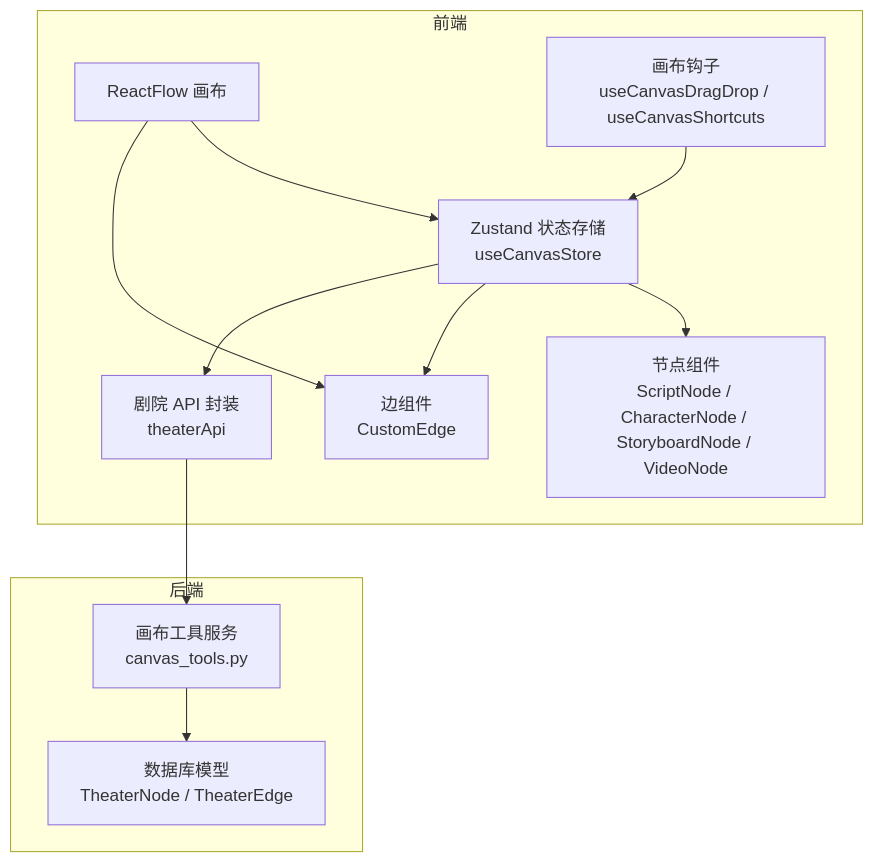
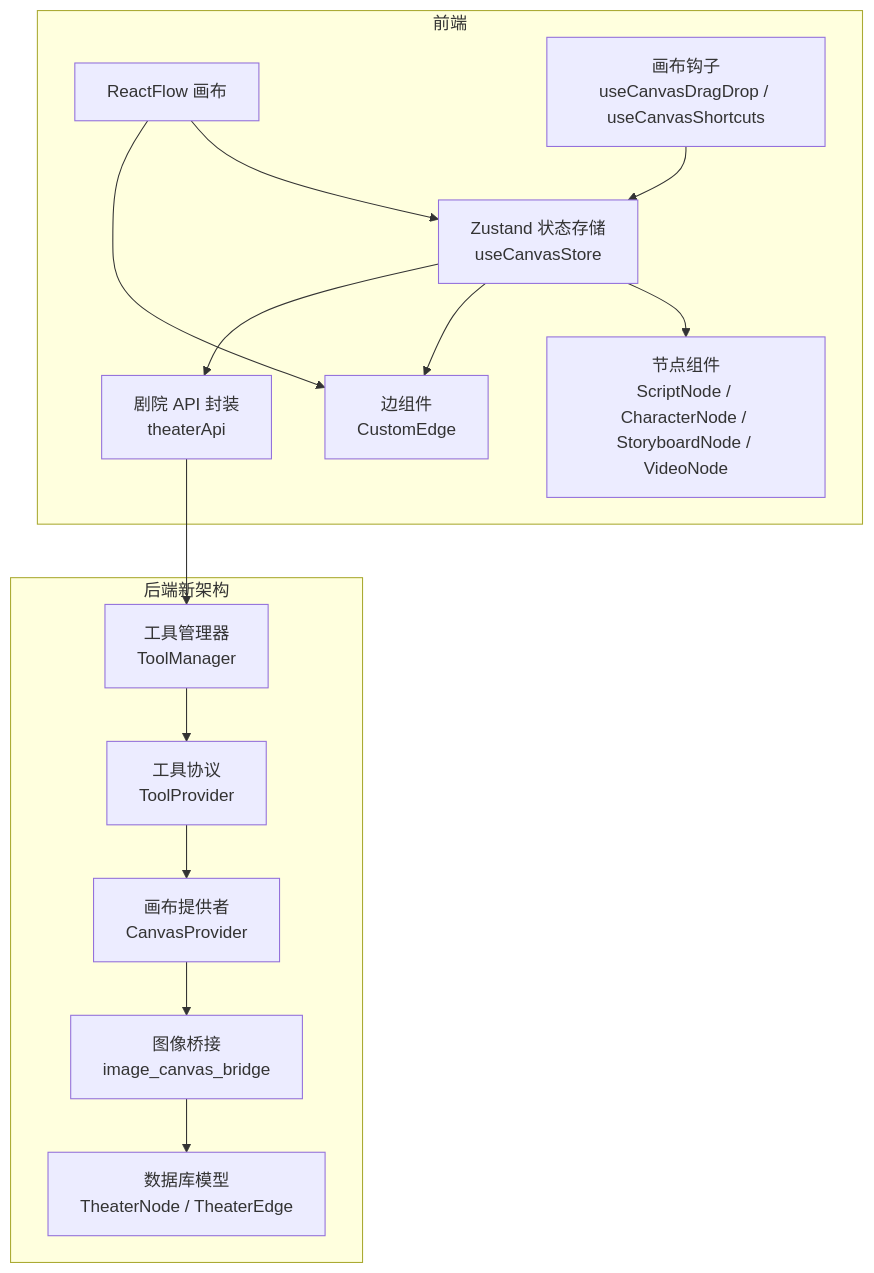
The first of 9 diagrams in .qoder/repowiki/zh/content/后端服务架构/业务服务层/智能体执行服务/画布工具集成.md (KunLabAI/KunFlix), drawn with Mermaid before and after one commit. The commit also changed other lines of this file and 15 other files, not shown here.

First line of the commit message:
feat(tool-manager): 重构技能工具系统引入统一工具管理器架构

````diff
--- a/.qoder/repowiki/zh/content/后端服务架构/业务服务层/智能体执行服务/画布工具集成.md
+++ b/.qoder/repowiki/zh/content/后端服务架构/业务服务层/智能体执行服务/画布工具集成.md
@@ -43,23 +57,29 @@
 ```mermaid
 graph TB
 subgraph "前端"
 RF["ReactFlow 画布"]
 Store["Zustand 状态存储<br/>useCanvasStore"]
 Nodes["节点组件<br/>ScriptNode / CharacterNode / StoryboardNode / VideoNode"]
 Edges["边组件<br/>CustomEdge"]
 Hooks["画布钩子<br/>useCanvasDragDrop / useCanvasShortcuts"]
 API["剧院 API 封装<br/>theaterApi"]
 end
-subgraph "后端"
-Tools["画布工具服务<br/>canvas_tools.py"]
+subgraph "后端新架构"
+TM["工具管理器<br/>ToolManager"]
+TP["工具协议<br/>ToolProvider"]
+CP["画布提供者<br/>CanvasProvider"]
+ICB["图像桥接<br/>image_canvas_bridge"]
 DB["数据库模型<br/>TheaterNode / TheaterEdge"]
 end
 RF --> Store
 Store --> Nodes
 Store --> Edges
 RF --> Edges
 Hooks --> Store
 Store --> API
-API --> Tools
-Tools --> DB
+API --> TM
+TM --> TP
+TP --> CP
+CP --> ICB
+ICB --> DB
 ```
````
